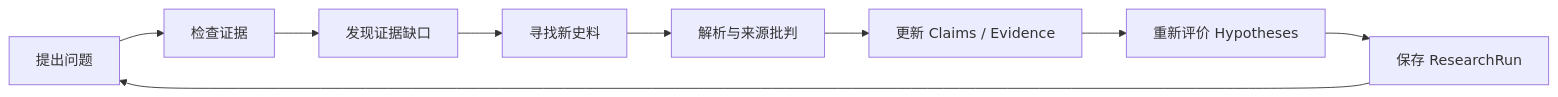
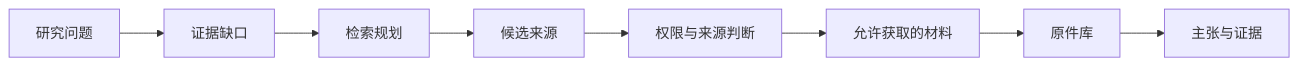
One commit to erwinjy/histora-hcis changed the fourth of 4 diagrams in README.md. Above: the diagram before and after it, drawn with Mermaid. The commit also changed other lines of this file and 2 other files, not shown here.

````diff
--- a/README.md
+++ b/README.md
@@ -999,11 +167,10 @@
 ```mermaid
 flowchart LR
-    Q[提出问题] --> E[检查证据]
-    E --> G[发现证据缺口]
-    G --> S[寻找新史料]
-    S --> P[解析与来源批判]
-    P --> H[更新 Claims / Evidence]
-    H --> T[重新评价 Hypotheses]
-    T --> R[保存 ResearchRun]
-    R --> Q
+    Q[研究问题] --> G[证据缺口]
+    G --> P[检索规划]
+    P --> C[候选来源]
+    C --> R[权限与来源判断]
+    R --> A[允许获取的材料]
+    A --> V[原件库]
+    V --> E[主张与证据]
 ```
````
